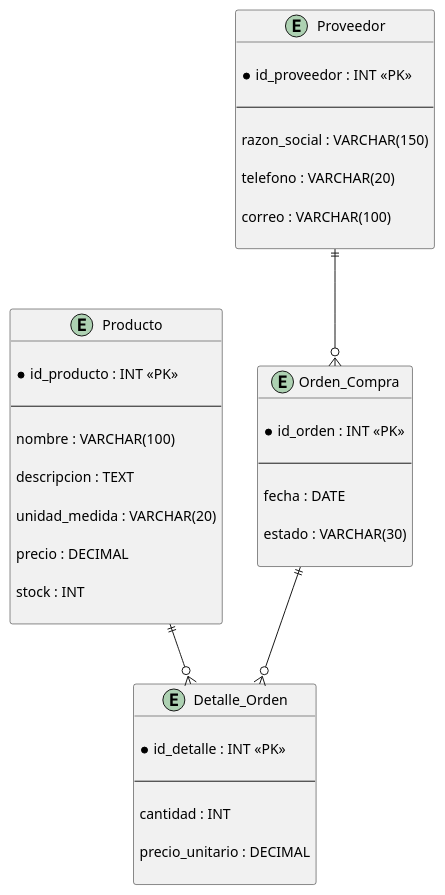
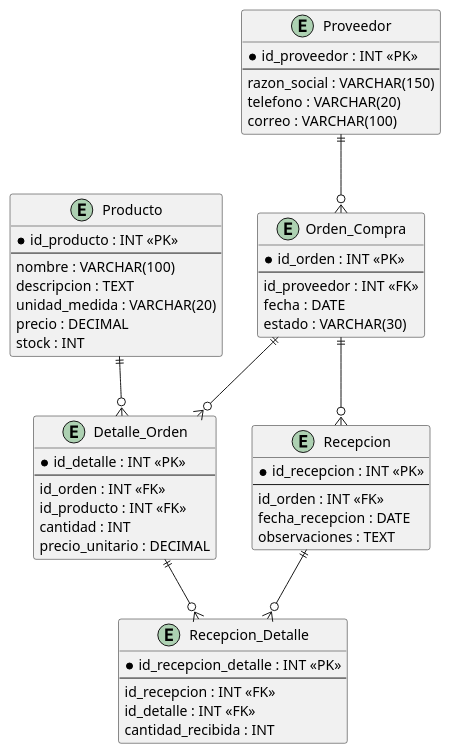
One commit to hannakathe/erp-software-architecture changed the diagram in docs/diagrama_MER.plantuml. Above: the diagram before and after it, drawn with PlantUML. The commit also changed 5 other files, not shown here.

```diff
--- a/docs/diagrama_MER.plantuml
+++ b/docs/diagrama_MER.plantuml
@@ -1,65 +1,61 @@
 @startuml diagrama_MER
 
 entity Producto {
-
-* id_producto : INT <<PK>>
-
---
-
-nombre : VARCHAR(100)
-
-descripcion : TEXT
-
-unidad_medida : VARCHAR(20)
-
-precio : DECIMAL
-
-stock : INT
-
+  * id_producto : INT <<PK>>
+  --
+  nombre : VARCHAR(100)
+  descripcion : TEXT
+  unidad_medida : VARCHAR(20)
+  precio : DECIMAL
+  stock : INT
 }
 
 entity Proveedor {
-
-* id_proveedor : INT <<PK>>
-
---
-
-razon_social : VARCHAR(150)
-
-telefono : VARCHAR(20)
-
-correo : VARCHAR(100)
-
+  * id_proveedor : INT <<PK>>
+  --
+  razon_social : VARCHAR(150)
+  telefono : VARCHAR(20)
+  correo : VARCHAR(100)
 }
 
 entity Orden_Compra {
-
-* id_orden : INT <<PK>>
-
---
-
-fecha : DATE
-
-estado : VARCHAR(30)
-
+  * id_orden : INT <<PK>>
+  --
+  id_proveedor : INT <<FK>>
+  fecha : DATE
+  estado : VARCHAR(30)
 }
 
 entity Detalle_Orden {
+  * id_detalle : INT <<PK>>
+  --
+  id_orden : INT <<FK>>
+  id_producto : INT <<FK>>
+  cantidad : INT
+  precio_unitario : DECIMAL
+}
 
-* id_detalle : INT <<PK>>
+entity Recepcion {
+  * id_recepcion : INT <<PK>>
+  --
+  id_orden : INT <<FK>>
+  fecha_recepcion : DATE
+  observaciones : TEXT
+}
 
---
-
-cantidad : INT
-
-precio_unitario : DECIMAL
-
+entity Recepcion_Detalle {
+  * id_recepcion_detalle : INT <<PK>>
+  --
+  id_recepcion : INT <<FK>>
+  id_detalle : INT <<FK>>
+  cantidad_recibida : INT
 }
 
 Proveedor ||--o{ Orden_Compra
-
 Orden_Compra ||--o{ Detalle_Orden
-
 Producto ||--o{ Detalle_Orden
+Orden_Compra ||--o{ Recepcion
+Recepcion ||--o{ Recepcion_Detalle
+Detalle_Orden ||--o{ Recepcion_Detalle
 
 @enduml
```
